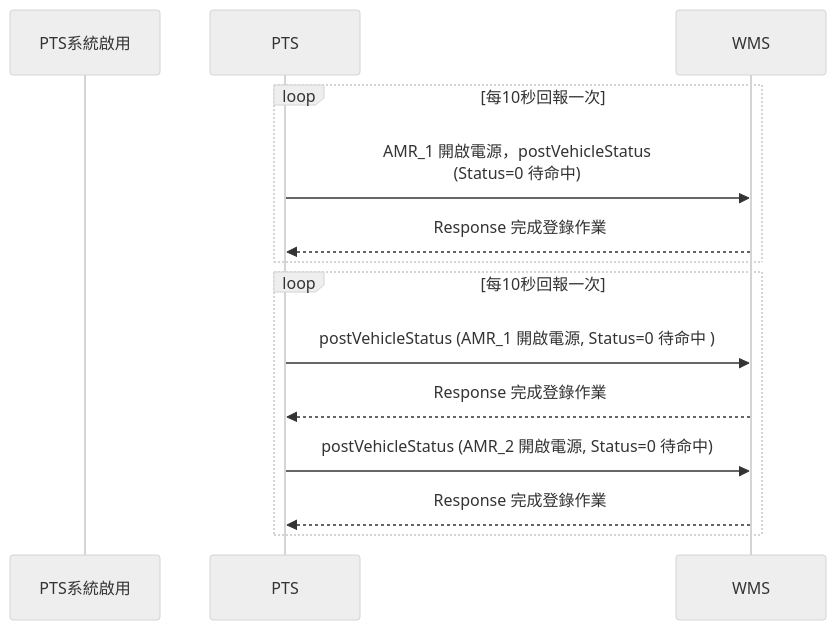
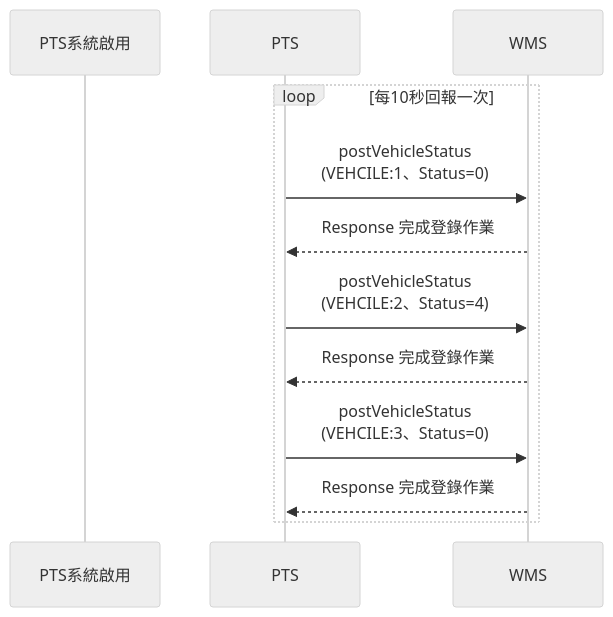
Before and after one commit to athena-tircgo/amr-wms-lsj: the fifth of 5 diagrams in README.md, drawn with Mermaid (neutral theme). The commit also changed other lines of this file, not shown here.

````diff
--- a/README.md
+++ b/README.md
@@ -305,18 +307,15 @@
 ```mermaid
 sequenceDiagram
     participant PTS系統啟用
     participant PTS
     participant WMS
 
     loop 每10秒回報一次
-        PTS->>WMS: AMR_1 開啟電源，postVehicleStatus<BR> (Status=0 待命中)
+        PTS->>WMS: postVehicleStatus<BR> (VEHCILE:1、Status=0)
         WMS-->>PTS: Response 完成登錄作業
-    end
-
-    loop 每10秒回報一次
-        PTS->>WMS:postVehicleStatus (AMR_1 開啟電源, Status=0 待命中 )
+        PTS->>WMS: postVehicleStatus<BR> (VEHCILE:2、Status=4)
         WMS-->>PTS: Response 完成登錄作業
-        PTS->>WMS:postVehicleStatus (AMR_2 開啟電源, Status=0 待命中)
+        PTS->>WMS: postVehicleStatus<BR> (VEHCILE:3、Status=0)
         WMS-->>PTS: Response 完成登錄作業
     end
 ```
````
